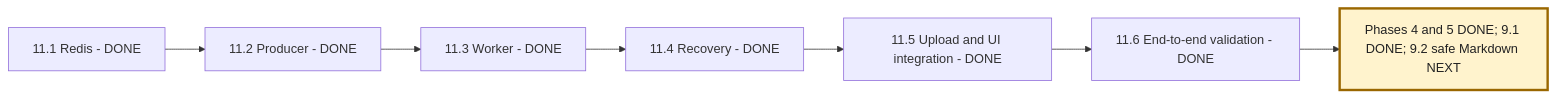
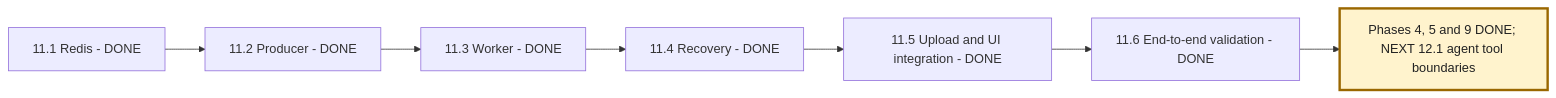
One commit to msdian0007/nexaAi changed the third of 3 diagrams in NEXAAI_ROADMAP.md. Above: the diagram before and after it, drawn with Mermaid. The commit also changed other lines of this file and 7 other files, not shown here.

Commit message:
readable answers with safe Markdown

````diff
--- a/NEXAAI_ROADMAP.md
+++ b/NEXAAI_ROADMAP.md
@@ -255,10 +256,10 @@
 ```mermaid
 flowchart LR
     A[11.1 Redis - DONE] --> B[11.2 Producer - DONE]
     B --> C[11.3 Worker - DONE]
     C --> D[11.4 Recovery - DONE]
     D --> E[11.5 Upload and UI integration - DONE]
     E --> F[11.6 End-to-end validation - DONE]
-    F --> G[Phases 4 and 5 DONE; 9.1 DONE; 9.2 safe Markdown NEXT]
+    F --> G[Phases 4, 5 and 9 DONE; NEXT 12.1 agent tool boundaries]
     style G fill:#fff3cd,stroke:#9a6700,stroke-width:3px,color:#222
 ```
````
